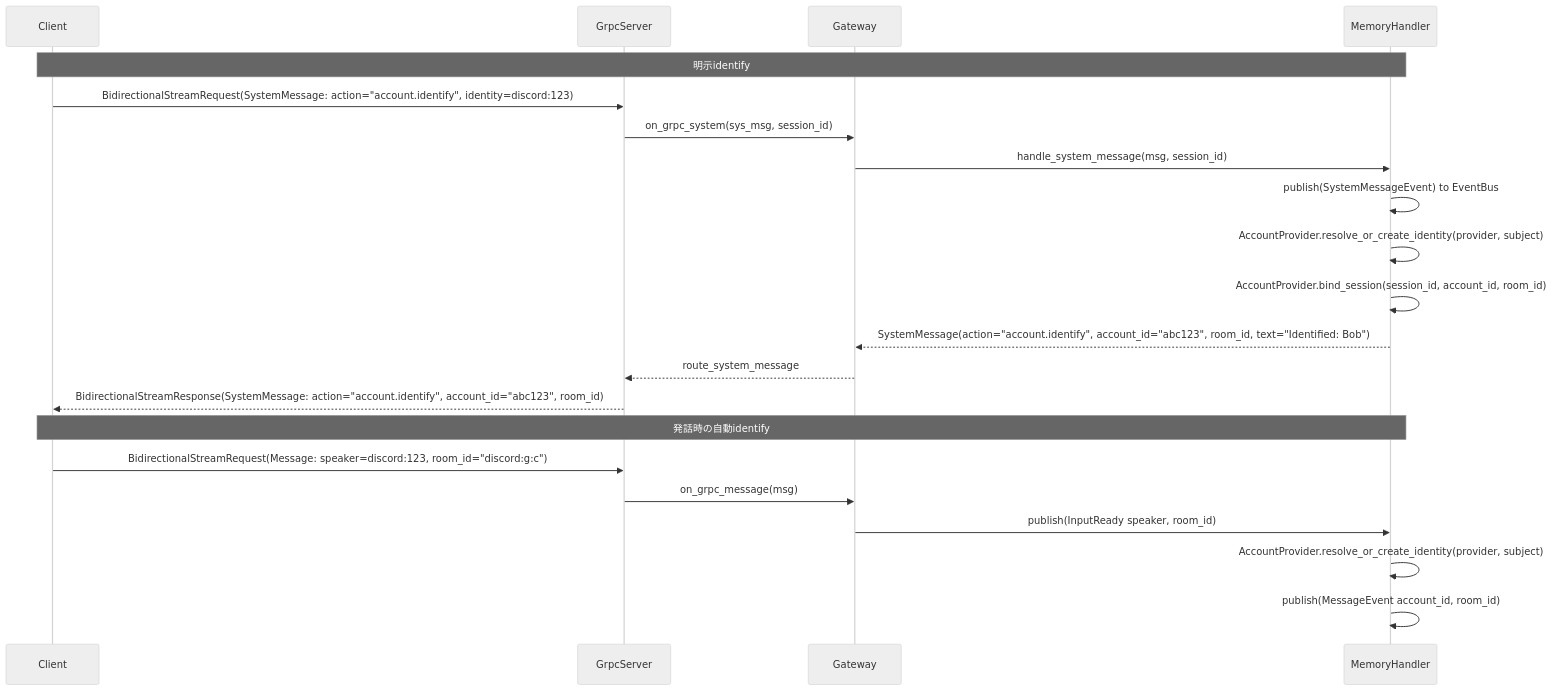
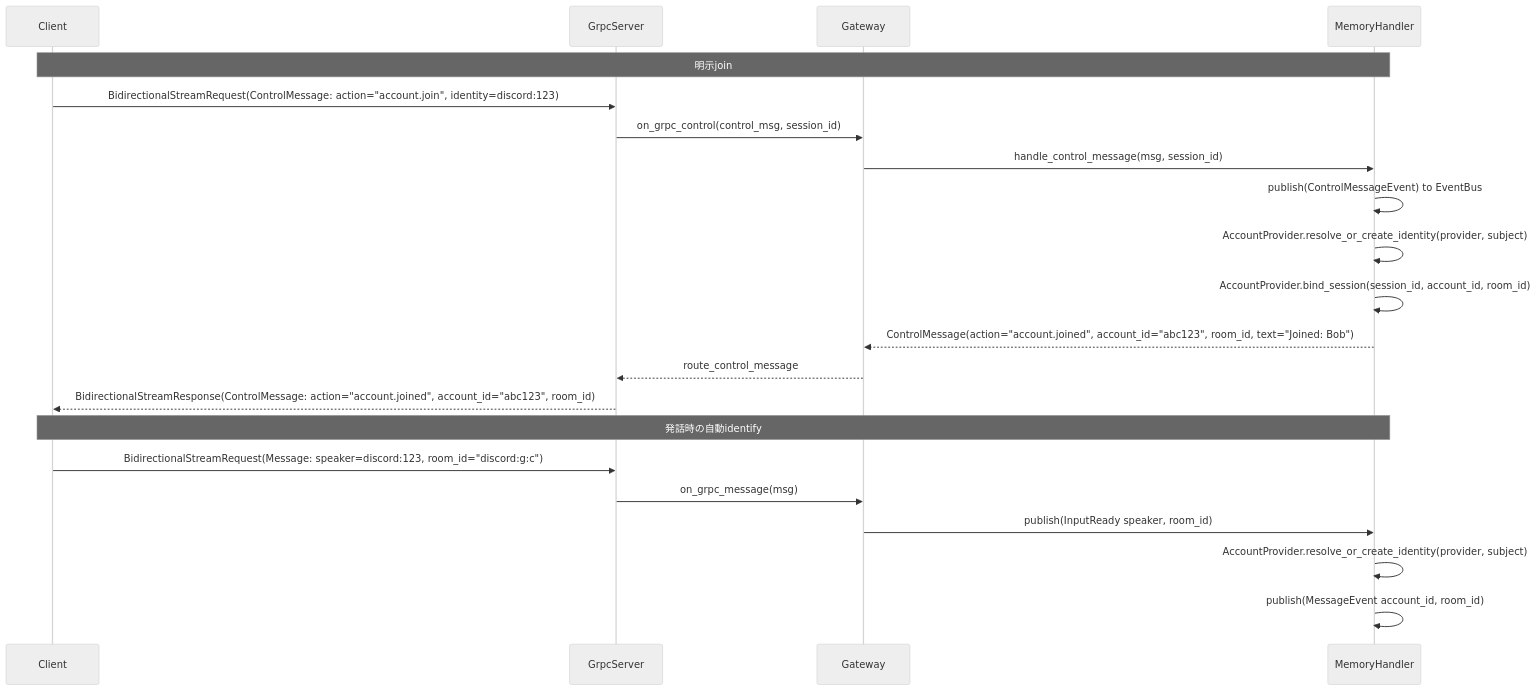
One commit to ibukani/iris-mind changed the third of 3 diagrams in docs/ipc-spec.md. Above: the diagram before and after it, drawn with Mermaid (neutral theme). The commit also changed other lines of this file and 23 other files, not shown here.

````diff
--- a/docs/ipc-spec.md
+++ b/docs/ipc-spec.md
@@ -246,25 +252,25 @@
 ```mermaid
 sequenceDiagram
     participant Client
     participant Server as GrpcServer
     participant GW as Gateway
     participant Handler as MemoryHandler
 
-    Note over Client,Handler: 明示identify
-    Client->>Server: BidirectionalStreamRequest(SystemMessage: action="account.identify", identity=discord:123)
-    Server->>GW: on_grpc_system(sys_msg, session_id)
-    GW->>Handler: handle_system_message(msg, session_id)
-    Handler->>Handler: publish(SystemMessageEvent) to EventBus
+    Note over Client,Handler: 明示join
+    Client->>Server: BidirectionalStreamRequest(ControlMessage: action="account.join", identity=discord:123)
+    Server->>GW: on_grpc_control(control_msg, session_id)
+    GW->>Handler: handle_control_message(msg, session_id)
+    Handler->>Handler: publish(ControlMessageEvent) to EventBus
     Handler->>Handler: AccountProvider.resolve_or_create_identity(provider, subject)
     Handler->>Handler: AccountProvider.bind_session(session_id, account_id, room_id)
-    Handler-->>GW: SystemMessage(action="account.identify", account_id="abc123", room_id, text="Identified: Bob")
-    GW-->>Server: route_system_message
-    Server-->>Client: BidirectionalStreamResponse(SystemMessage: action="account.identify", account_id="abc123", room_id)
+    Handler-->>GW: ControlMessage(action="account.joined", account_id="abc123", room_id, text="Joined: Bob")
+    GW-->>Server: route_control_message
+    Server-->>Client: BidirectionalStreamResponse(ControlMessage: action="account.joined", account_id="abc123", room_id)
 
     Note over Client,Handler: 発話時の自動identify
     Client->>Server: BidirectionalStreamRequest(Message: speaker=discord:123, room_id="discord:g:c")
     Server->>GW: on_grpc_message(msg)
     GW->>Handler: publish(InputReady speaker, room_id)
     Handler->>Handler: AccountProvider.resolve_or_create_identity(provider, subject)
     Handler->>Handler: publish(MessageEvent account_id, room_id)
 ```
````
